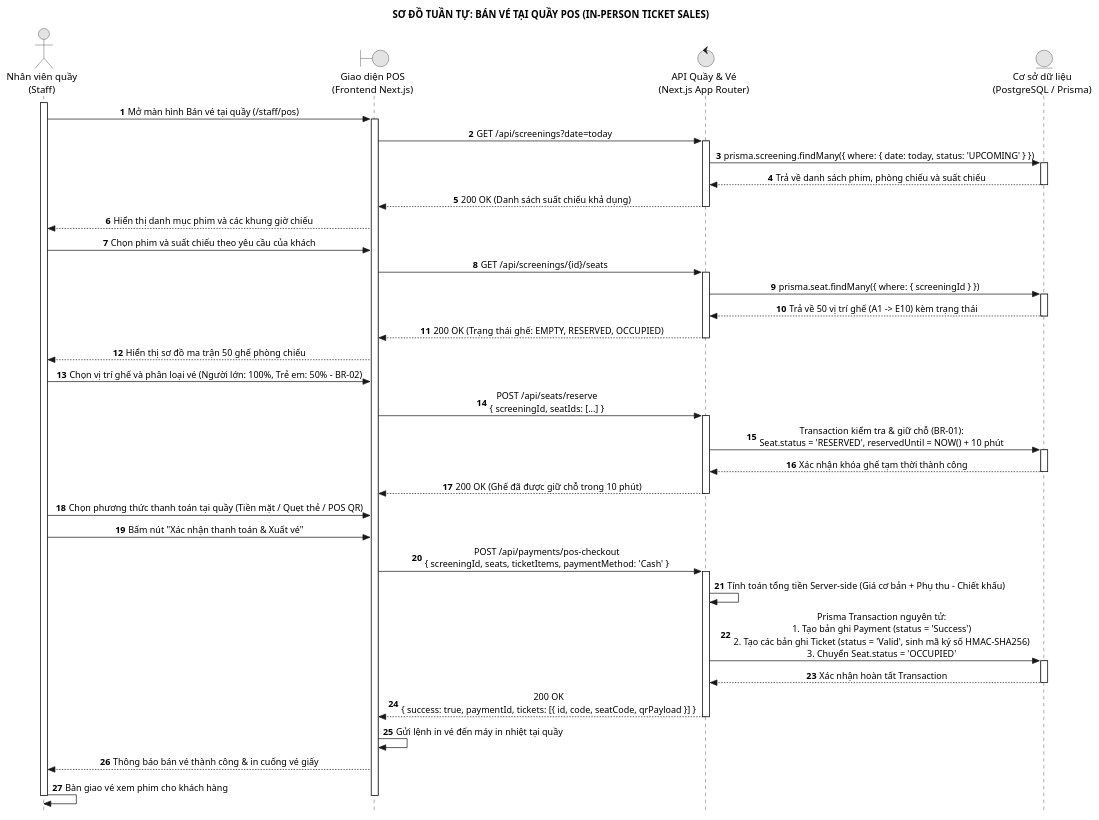
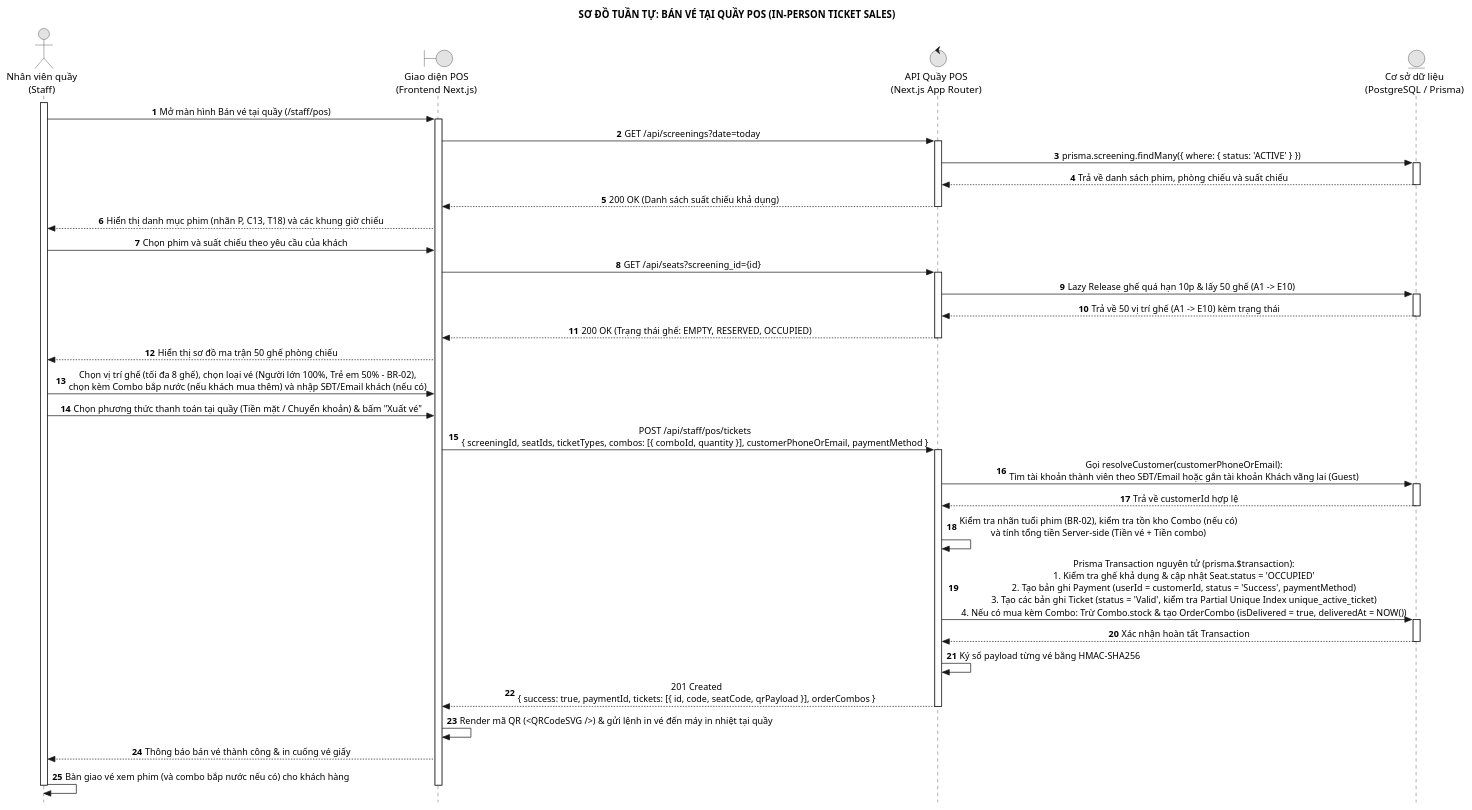
The diagram in Sequence/12_ban_ve_tai_quay_pos.puml (MaGiaVy/CinemaLUMI), drawn with PlantUML before and after one commit. The commit also changed 254 other files, not shown here.

Commit message:
feat(docs-uml): upgrade SRS to v2.0 and synchronize all 62 UML diagrams with codebase

```diff
--- a/Sequence/12_ban_ve_tai_quay_pos.puml
+++ b/Sequence/12_ban_ve_tai_quay_pos.puml
@@ -1,74 +1,69 @@
 @startuml 12_ban_ve_tai_quay_pos
 hide footbox
 title SƠ ĐỒ TUẦN TỰ: BÁN VÉ TẠI QUẦY POS (IN-PERSON TICKET SALES)
 autonumber
 skinparam style strictuml
 skinparam monochrome true
 skinparam shadowing false
 skinparam defaultTextAlignment center
 
 actor "Nhân viên quầy\n(Staff)" as NV
 boundary "Giao diện POS\n(Frontend Next.js)" as UI
-control "API Quầy & Vé\n(Next.js App Router)" as API
+control "API Quầy POS\n(Next.js App Router)" as API
 entity "Cơ sở dữ liệu\n(PostgreSQL / Prisma)" as DB
 
 activate NV
 NV -> UI : Mở màn hình Bán vé tại quầy (/staff/pos)
 activate UI
 
 UI -> API : GET /api/screenings?date=today
 activate API
-API -> DB : prisma.screening.findMany({ where: { date: today, status: 'UPCOMING' } })
+API -> DB : prisma.screening.findMany({ where: { status: 'ACTIVE' } })
 activate DB
 DB --> API : Trả về danh sách phim, phòng chiếu và suất chiếu
 deactivate DB
 API --> UI : 200 OK (Danh sách suất chiếu khả dụng)
 deactivate API
 
-UI --> NV : Hiển thị danh mục phim và các khung giờ chiếu
+UI --> NV : Hiển thị danh mục phim (nhãn P, C13, T18) và các khung giờ chiếu
 NV -> UI : Chọn phim và suất chiếu theo yêu cầu của khách
 
-UI -> API : GET /api/screenings/{id}/seats
+UI -> API : GET /api/seats?screening_id={id}
 activate API
-API -> DB : prisma.seat.findMany({ where: { screeningId } })
+API -> DB : Lazy Release ghế quá hạn 10p & lấy 50 ghế (A1 -> E10)
 activate DB
 DB --> API : Trả về 50 vị trí ghế (A1 -> E10) kèm trạng thái
 deactivate DB
 API --> UI : 200 OK (Trạng thái ghế: EMPTY, RESERVED, OCCUPIED)
 deactivate API
 
 UI --> NV : Hiển thị sơ đồ ma trận 50 ghế phòng chiếu
-NV -> UI : Chọn vị trí ghế và phân loại vé (Người lớn: 100%, Trẻ em: 50% - BR-02)
+NV -> UI : Chọn vị trí ghế (tối đa 8 ghế), chọn loại vé (Người lớn 100%, Trẻ em 50% - BR-02),\nchọn kèm Combo bắp nước (nếu khách mua thêm) và nhập SĐT/Email khách (nếu có)
+NV -> UI : Chọn phương thức thanh toán tại quầy (Tiền mặt / Chuyển khoản) & bấm "Xuất vé"
 
-UI -> API : POST /api/seats/reserve\n{ screeningId, seatIds: [...] }
-activate API
-API -> DB : Transaction kiểm tra & giữ chỗ (BR-01):\nSeat.status = 'RESERVED', reservedUntil = NOW() + 10 phút
-activate DB
-DB --> API : Xác nhận khóa ghế tạm thời thành công
-deactivate DB
-API --> UI : 200 OK (Ghế đã được giữ chỗ trong 10 phút)
-deactivate API
-
-NV -> UI : Chọn phương thức thanh toán tại quầy (Tiền mặt / Quẹt thẻ / POS QR)
-NV -> UI : Bấm nút "Xác nhận thanh toán & Xuất vé"
-
-UI -> API : POST /api/payments/pos-checkout\n{ screeningId, seats, ticketItems, paymentMethod: 'Cash' }
+UI -> API : POST /api/staff/pos/tickets\n{ screeningId, seatIds, ticketTypes, combos: [{ comboId, quantity }], customerPhoneOrEmail, paymentMethod }
 activate API
 
-API -> API : Tính toán tổng tiền Server-side (Giá cơ bản + Phụ thu - Chiết khấu)
+API -> DB : Gọi resolveCustomer(customerPhoneOrEmail):\nTìm tài khoản thành viên theo SĐT/Email hoặc gắn tài khoản Khách vãng lai (Guest)
+activate DB
+DB --> API : Trả về customerId hợp lệ
+deactivate DB
 
-API -> DB : Prisma Transaction nguyên tử:\n1. Tạo bản ghi Payment (status = 'Success')\n2. Tạo các bản ghi Ticket (status = 'Valid', sinh mã ký số HMAC-SHA256)\n3. Chuyển Seat.status = 'OCCUPIED'
+API -> API : Kiểm tra nhãn tuổi phim (BR-02), kiểm tra tồn kho Combo (nếu có)\nvà tính tổng tiền Server-side (Tiền vé + Tiền combo)
+
+API -> DB : Prisma Transaction nguyên tử (prisma.$transaction):\n1. Kiểm tra ghế khả dụng & cập nhật Seat.status = 'OCCUPIED'\n2. Tạo bản ghi Payment (userId = customerId, status = 'Success', paymentMethod)\n3. Tạo các bản ghi Ticket (status = 'Valid', kiểm tra Partial Unique Index unique_active_ticket)\n4. Nếu có mua kèm Combo: Trừ Combo.stock & tạo OrderCombo (isDelivered = true, deliveredAt = NOW())
 activate DB
 DB --> API : Xác nhận hoàn tất Transaction
 deactivate DB
 
-API --> UI : 200 OK\n{ success: true, paymentId, tickets: [{ id, code, seatCode, qrPayload }] }
+API -> API : Ký số payload từng vé bằng HMAC-SHA256
+API --> UI : 201 Created\n{ success: true, paymentId, tickets: [{ id, code, seatCode, qrPayload }], orderCombos }
 deactivate API
 
-UI -> UI : Gửi lệnh in vé đến máy in nhiệt tại quầy
+UI -> UI : Render mã QR (<QRCodeSVG />) & gửi lệnh in vé đến máy in nhiệt tại quầy
 UI --> NV : Thông báo bán vé thành công & in cuống vé giấy
-NV -> NV : Bàn giao vé xem phim cho khách hàng
+NV -> NV : Bàn giao vé xem phim (và combo bắp nước nếu có) cho khách hàng
 
 deactivate UI
 deactivate NV
 @enduml
```
